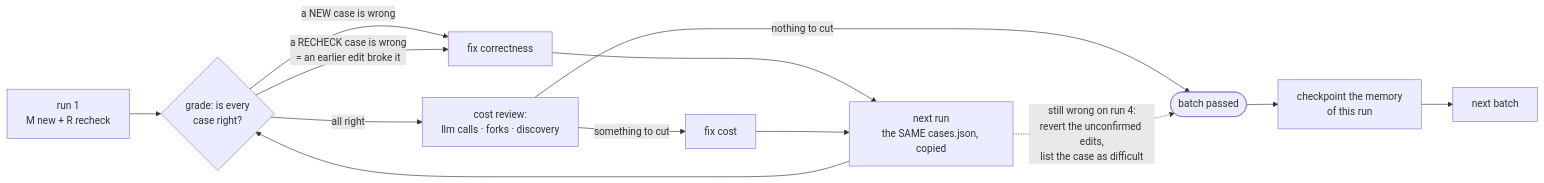
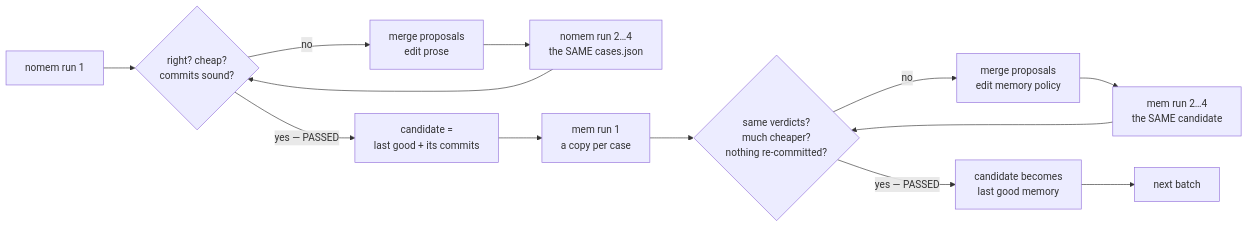
The third of 4 diagrams in packages/cli/templates/editor/.github/skills/zen-finetune/SKILL.md (andreyryabov/ZeneraNeo), drawn with Mermaid before and after one commit. The commit also changed other lines of this file and 11 other files, not shown here.

````diff
--- a/packages/cli/templates/editor/.github/skills/zen-finetune/SKILL.md
+++ b/packages/cli/templates/editor/.github/skills/zen-finetune/SKILL.md
@@ -152,14 +223,9 @@
 ```mermaid
 flowchart LR
-    R1["run 1<br/>M new + R recheck"] --> G1{"grade: is every<br/>case right?"}
-    G1 -->|"a NEW case is wrong"| FIX["fix correctness"]
-    G1 -->|"a RECHECK case is wrong<br/>= an earlier edit broke it"| FIX
-    G1 -->|"all right"| C1["cost review:<br/>llm calls · forks · discovery"]
-    C1 -->|"something to cut"| OPT["fix cost"]
-    FIX --> R2["next run<br/>the SAME cases.json, copied"]
-    OPT --> R2
-    R2 --> G1
-    C1 -->|"nothing to cut"| PASS(["batch passed"])
-    R2 -.->|"still wrong on run 4:<br/>revert the unconfirmed edits,<br/>list the case as difficult"| PASS
-    PASS --> CPT["checkpoint the memory<br/>of this run"] --> NEXT["next batch"]
+    N1["nomem run 1"] --> G1{"right? cheap?<br/>commits sound?"}
+    G1 -->|"no"| FIX["merge proposals<br/>edit prose"] --> N2["nomem run 2…4<br/>the SAME cases.json"] --> G1
+    G1 -->|"yes — PASSED"| CAND["candidate =<br/>last good + its commits"]
+    CAND --> M1["mem run 1<br/>a copy per case"] --> G2{"same verdicts?<br/>much cheaper?<br/>nothing re-committed?"}
+    G2 -->|"no"| MFIX["merge proposals<br/>edit memory policy"] --> M2["mem run 2…4<br/>the SAME candidate"] --> G2
+    G2 -->|"yes — PASSED"| CPT["candidate becomes<br/>last good memory"] --> NEXT["next batch"]
 ```
````
